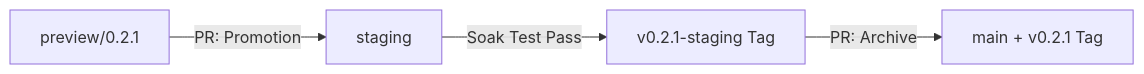
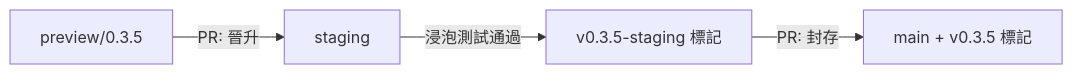
One commit to SafeChord/Docs changed the diagram in docs/zh/safechord.safezone.deployment.workflow.md. Above: the diagram before and after it, drawn with Mermaid. The commit also changed other lines of this file and 27 other files, not shown here.

````diff
--- a/docs/zh/safechord.safezone.deployment.workflow.md
+++ b/docs/zh/safechord.safezone.deployment.workflow.md
@@ -52,6 +25,6 @@
 ```mermaid
 graph LR
-    D[preview/0.2.1] -- PR: Promotion --> S[staging]
-    S -- "Soak Test Pass" --> T[v0.2.1-staging Tag]
-    T -- PR: Archive --> M[main + v0.2.1 Tag]
+    D[preview/0.3.5] -- PR: 晉升 --> S[staging]
+    S -- "浸泡測試通過" --> T[v0.3.5-staging 標記]
+    T -- PR: 封存 --> M[main + v0.3.5 標記]
 ```
````
